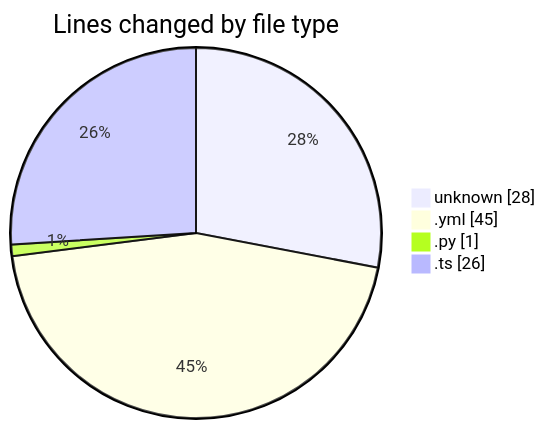
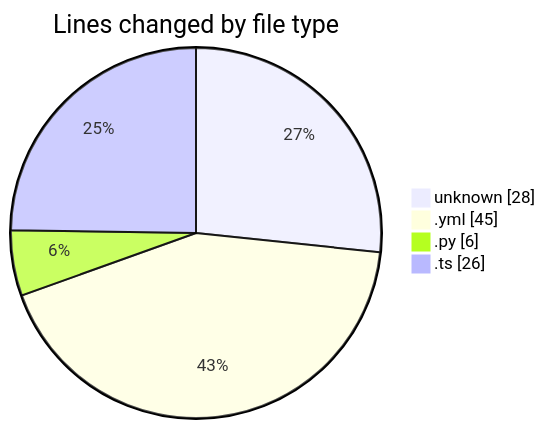
The first of 2 diagrams in 2025-05-13/niten/README.md (Elitesun/code-tracking), drawn with Mermaid before and after one commit. The commit also changed other lines of this file and 1 other file, not shown here.

````diff
--- a/2025-05-13/niten/README.md
+++ b/2025-05-13/niten/README.md
@@ -24,8 +25,8 @@
 ```mermaid
 pie showData
 title Lines changed by file type
 "unknown" : 28
 ".yml" : 45
-".py" : 1
+".py" : 6
 ".ts" : 26
 ```
````
